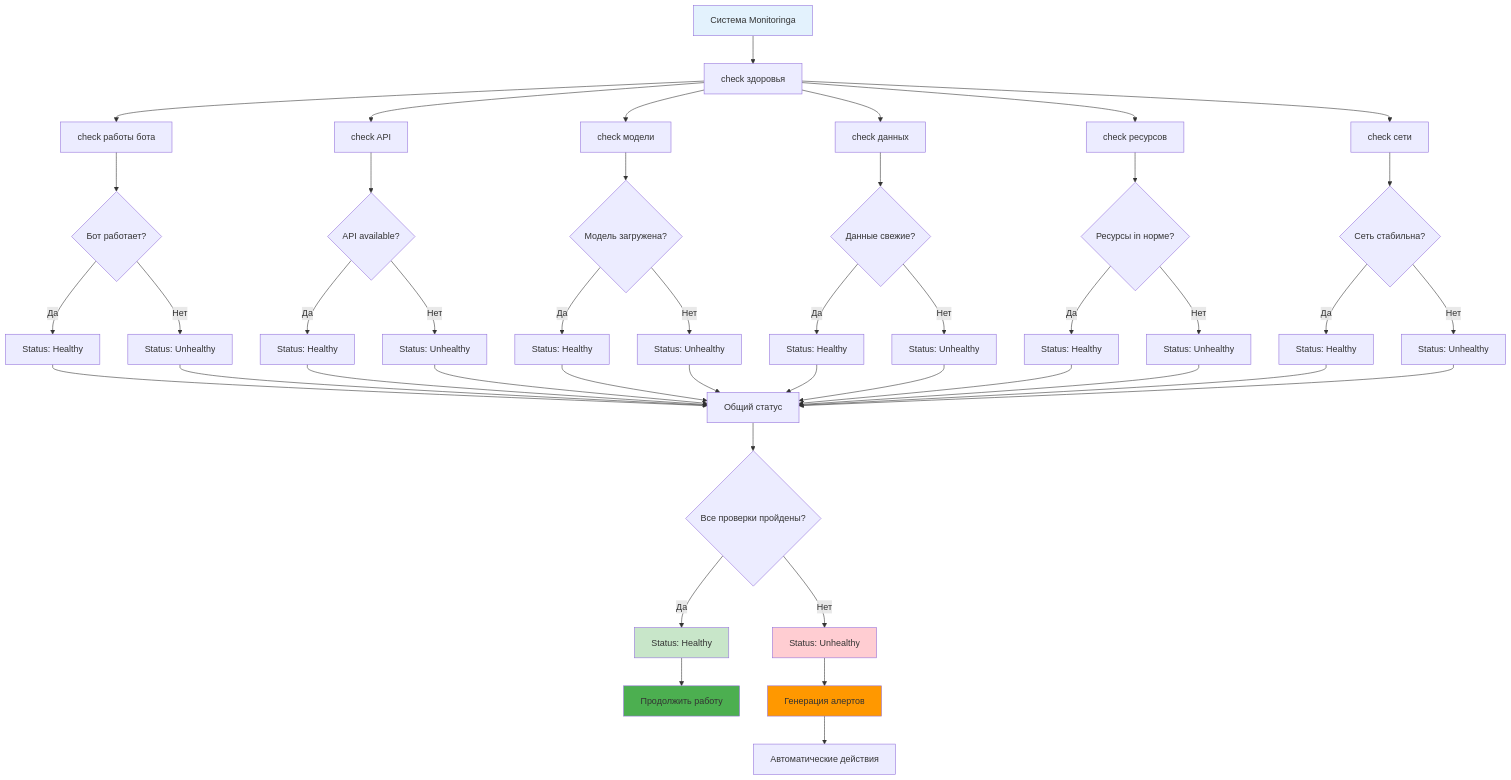
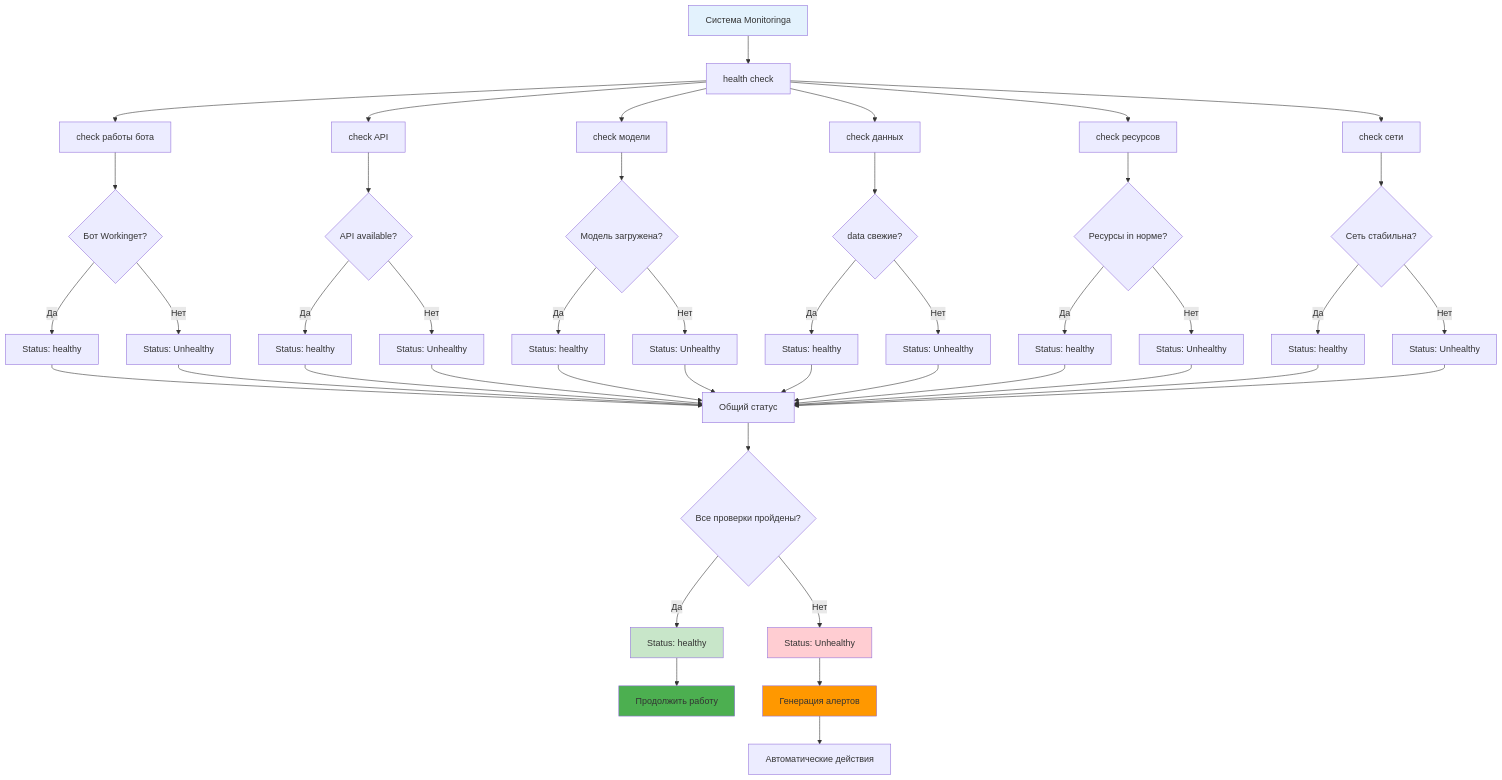
One commit to NeoZorK/neozork-hld-prediction changed the fifth of 8 diagrams in docs/automl/gluon/27_trading_bot_monitoring.md. Above: the diagram before and after it, drawn with Mermaid. The commit also changed other lines of this file and 108 other files, not shown here.

````diff
--- a/docs/automl/gluon/27_trading_bot_monitoring.md
+++ b/docs/automl/gluon/27_trading_bot_monitoring.md
@@ -1841,62 +1841,62 @@
 ```mermaid
 graph TD
- A[Система Monitoringа] --> B[check здоровья]
+ A[Система Monitoringа] --> B[health check]
 
  B --> C[check работы бота]
  B --> D[check API]
  B --> E[check модели]
  B --> F[check данных]
  B --> G[check ресурсов]
  B --> H[check сети]
 
- C --> C1{Бот работает?}
- C1 -->|Да| C2[Status: Healthy]
+ C --> C1{Бот Workingет?}
+ C1 -->|Да| C2[Status: healthy]
  C1 -->|Нет| C3[Status: Unhealthy]
 
  D --> D1{API available?}
- D1 -->|Да| D2[Status: Healthy]
+ D1 -->|Да| D2[Status: healthy]
  D1 -->|Нет| D3[Status: Unhealthy]
 
  E --> E1{Модель загружена?}
- E1 -->|Да| E2[Status: Healthy]
+ E1 -->|Да| E2[Status: healthy]
  E1 -->|Нет| E3[Status: Unhealthy]
 
- F --> F1{Данные свежие?}
- F1 -->|Да| F2[Status: Healthy]
+ F --> F1{data свежие?}
+ F1 -->|Да| F2[Status: healthy]
  F1 -->|Нет| F3[Status: Unhealthy]
 
  G --> G1{Ресурсы in норме?}
- G1 -->|Да| G2[Status: Healthy]
+ G1 -->|Да| G2[Status: healthy]
  G1 -->|Нет| G3[Status: Unhealthy]
 
  H --> H1{Сеть стабильна?}
- H1 -->|Да| H2[Status: Healthy]
+ H1 -->|Да| H2[Status: healthy]
  H1 -->|Нет| H3[Status: Unhealthy]
 
  C2 --> I[Общий статус]
  C3 --> I
  D2 --> I
  D3 --> I
  E2 --> I
  E3 --> I
  F2 --> I
  F3 --> I
  G2 --> I
  G3 --> I
  H2 --> I
  H3 --> I
 
  I --> J{Все проверки пройдены?}
- J -->|Да| K[Status: Healthy]
+ J -->|Да| K[Status: healthy]
  J -->|Нет| L[Status: Unhealthy]
 
  K --> M[Продолжить работу]
  L --> N[Генерация алертов]
  N --> O[Автоматические действия]
 
  style A fill:#e3f2fd
  style K fill:#c8e6c9
  style L fill:#ffcdd2
  style M fill:#4caf50
  style N fill:#ff9800
 ```
````
